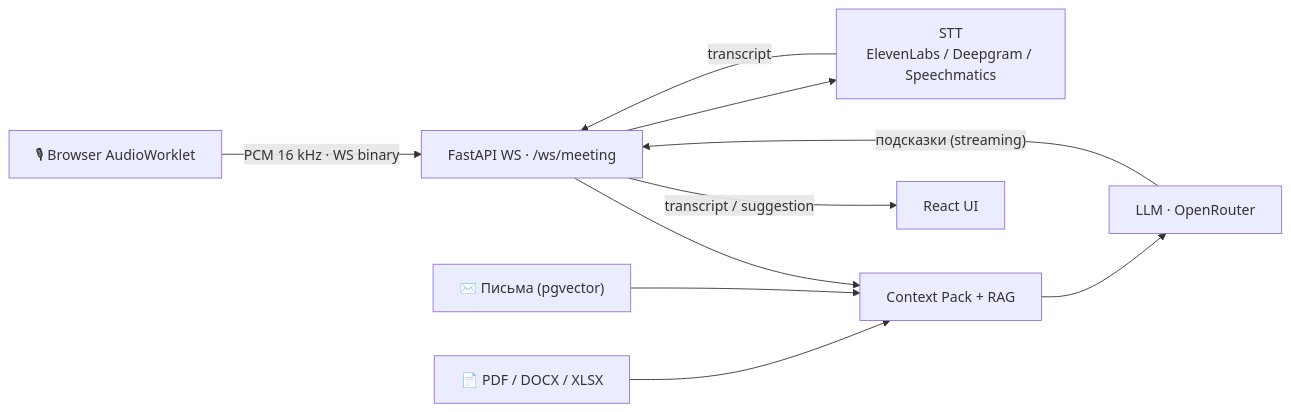
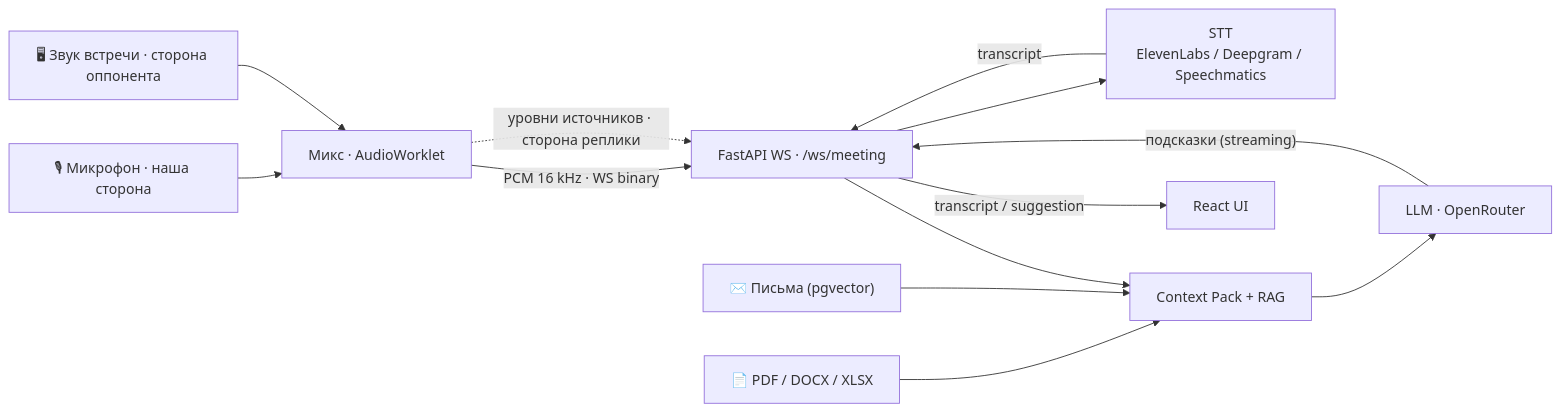
Before and after one commit to baldmaxim/MeridianAI: the diagram in README.md, drawn with Mermaid. The commit also changed other lines of this file and 12 other files, not shown here.

````diff
--- a/README.md
+++ b/README.md
@@ -56,12 +57,15 @@
 ```mermaid
 flowchart LR
-  Mic["🎙 Browser AudioWorklet"] -->|"PCM 16 kHz · WS binary"| WS["FastAPI WS · /ws/meeting"]
+  Mic["🎙 Микрофон · наша сторона"] --> Mix["Микс · AudioWorklet"]
+  Tab["🖥 Звук встречи · сторона оппонента"] --> Mix
+  Mix -->|"PCM 16 kHz · WS binary"| WS["FastAPI WS · /ws/meeting"]
+  Mix -.->|"уровни источников · сторона реплики"| WS
   WS --> STT["STT<br/>ElevenLabs / Deepgram / Speechmatics"]
   STT -->|transcript| WS
   Docs["📄 PDF / DOCX / XLSX"] --> CTX["Context Pack + RAG"]
   Letters["✉️ Письма (pgvector)"] --> CTX
   WS --> CTX
   CTX --> LLM["LLM · OpenRouter"]
   LLM -->|"подсказки (streaming)"| WS
   WS -->|"transcript / suggestion"| UI["React UI"]
 ```
````
